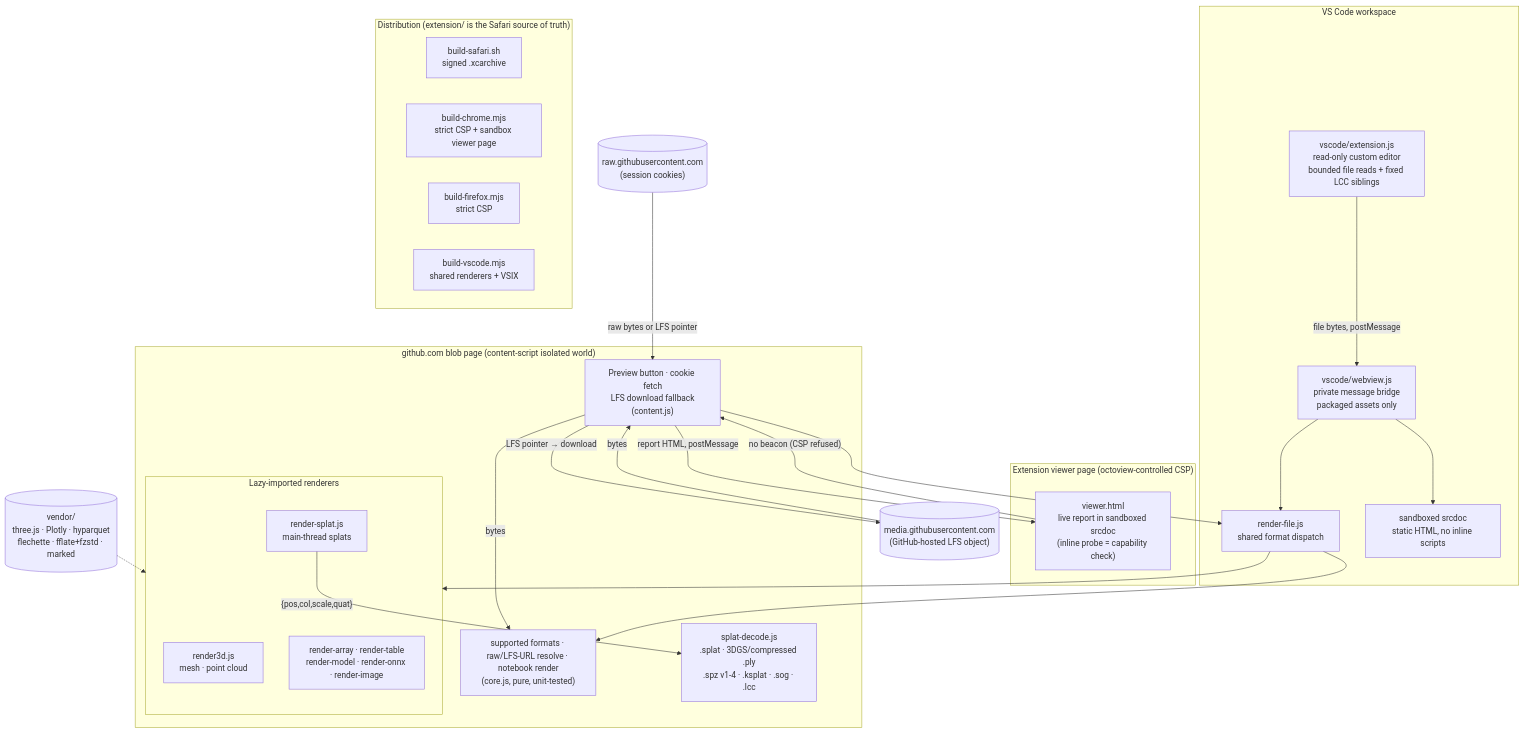
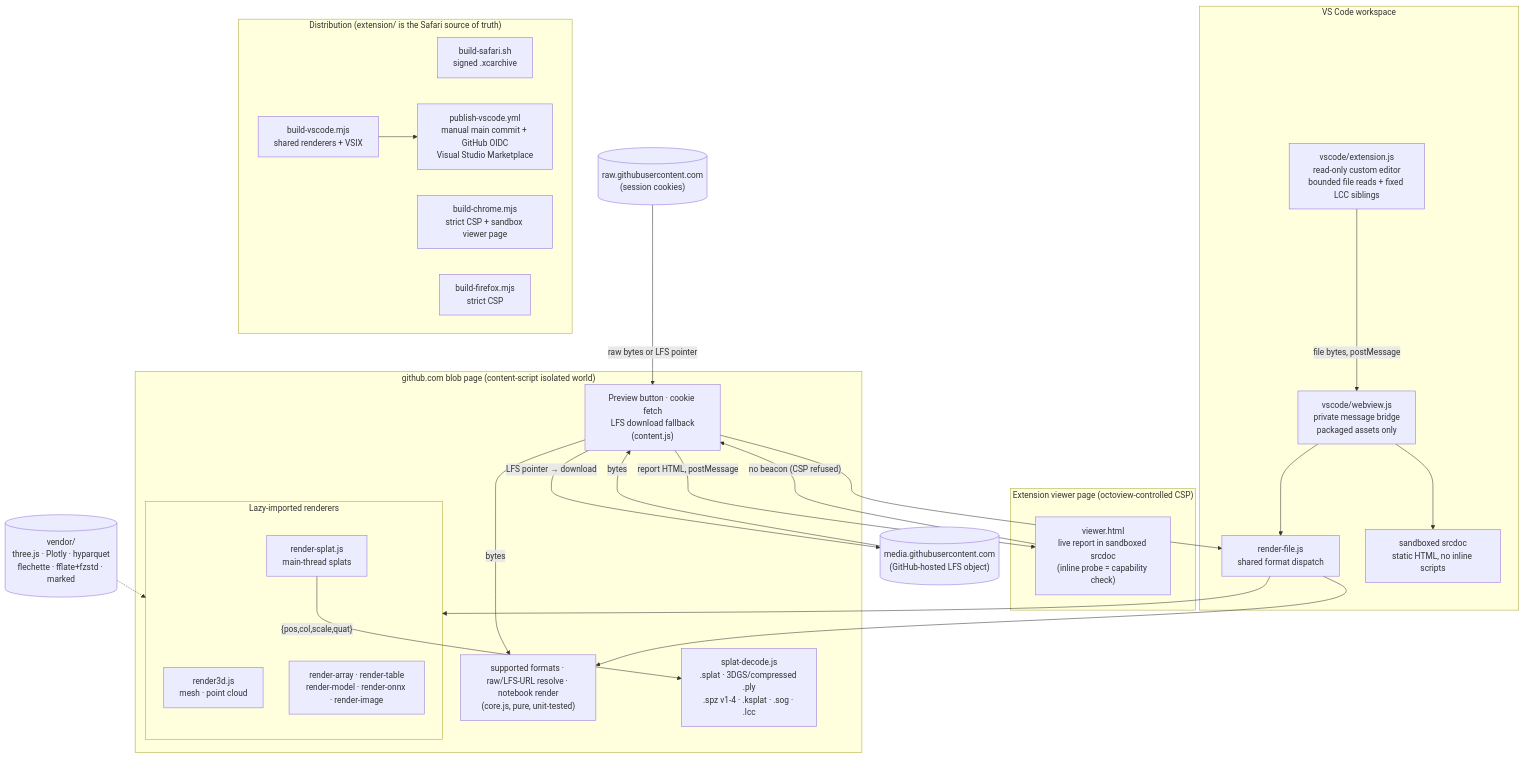
The diagram in README.md (affromero/octoview), drawn with Mermaid before and after one commit. The commit also changed other lines of this file and 1 other file, not shown here.

Commit message:
vscode: add trusted Marketplace publishing

````diff
--- a/README.md
+++ b/README.md
@@ -187,49 +187,51 @@
 ```mermaid
 flowchart TD
     subgraph blob["github.com blob page (content-script isolated world)"]
         content["Preview button · cookie fetch<br/>LFS download fallback<br/>(content.js)"]
         core["supported formats · raw/LFS-URL resolve · notebook render<br/>(core.js, pure, unit-tested)"]
         subgraph renderers["Lazy-imported renderers"]
             r3d["render3d.js<br/>mesh · point cloud"]
             rsplat["render-splat.js<br/>main-thread splats"]
             rmisc["render-array · render-table<br/>render-model · render-onnx · render-image"]
         end
         decode["splat-decode.js<br/>.splat · 3DGS/compressed .ply<br/>.spz v1-4 · .ksplat · .sog · .lcc"]
     end
 
     subgraph pages["Extension viewer page (octoview-controlled CSP)"]
         viewer["viewer.html<br/>live report in sandboxed srcdoc<br/>(inline probe = capability check)"]
     end
 
     gh[("raw.githubusercontent.com<br/>(session cookies)")]
     lfs[("media.githubusercontent.com<br/>(GitHub-hosted LFS object)")]
     vendor[("vendor/<br/>three.js · Plotly · hyparquet<br/>flechette · fflate+fzstd · marked")]
 
     content -->|bytes| core
     gh -->|raw bytes or LFS pointer| content
     content -->|LFS pointer → download| lfs
     lfs -->|bytes| content
     rsplat -->|"{pos,col,scale,quat}"| decode
     vendor -.-> renderers
     subgraph vscode["VS Code workspace"]
         host["vscode/extension.js<br/>read-only custom editor<br/>bounded file reads + fixed LCC siblings"]
         webview["vscode/webview.js<br/>private message bridge<br/>packaged assets only"]
         dispatch["render-file.js<br/>shared format dispatch"]
         frames["sandboxed srcdoc<br/>static HTML, no inline scripts"]
     end
     host -->|"file bytes, postMessage"| webview
     webview --> dispatch
     content --> dispatch
     dispatch --> renderers
     dispatch --> core
     webview --> frames
     content -->|report HTML, postMessage| viewer
     viewer -->|"no beacon (CSP refused)"| content
 
     subgraph builds["Distribution (extension/ is the Safari source of truth)"]
         safari["build-safari.sh<br/>signed .xcarchive"]
         chrome["build-chrome.mjs<br/>strict CSP + sandbox viewer page"]
         firefox["build-firefox.mjs<br/>strict CSP"]
         vsix["build-vscode.mjs<br/>shared renderers + VSIX"]
+        marketplace["publish-vscode.yml<br/>manual main commit + GitHub OIDC<br/>Visual Studio Marketplace"]
+        vsix --> marketplace
     end
 ```
````
